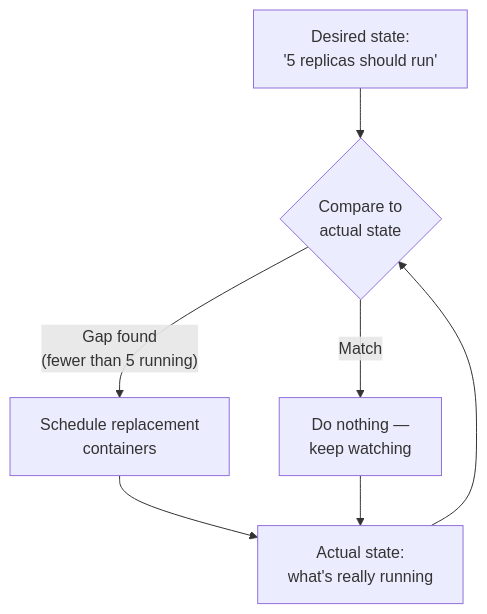
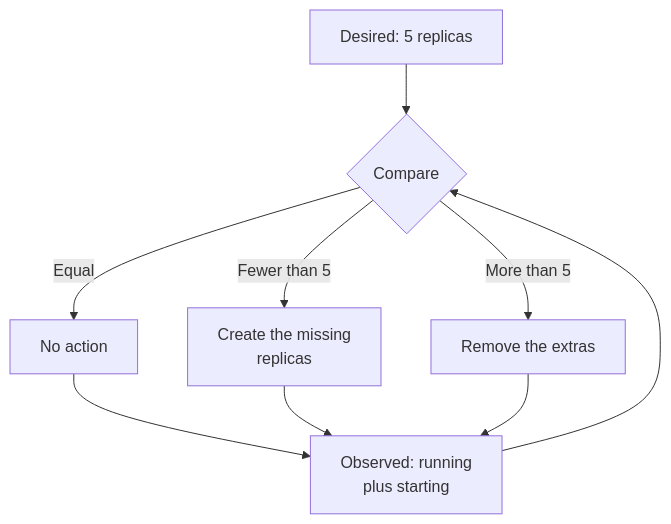
One commit to francoandreDev/knowledge changed the first of 2 diagrams in src/content/infra-delivery/orchestration-basics/L2-concept.mdx. Above: the diagram before and after it, drawn with Mermaid. The commit also changed other lines of this file and 3 other files, not shown here.

````diff
--- a/src/content/infra-delivery/orchestration-basics/L2-concept.mdx
+++ b/src/content/infra-delivery/orchestration-basics/L2-concept.mdx
@@ -36,9 +33,11 @@
 ```mermaid
 flowchart TD
-    A["Desired state:\n'5 replicas should run'"] --> C{"Compare to\nactual state"}
-    B["Actual state:\nwhat's really running"] --> C
-    C -->|"Match"| D["Do nothing —\nkeep watching"]
-    C -->|"Gap found\n(fewer than 5 running)"| E["Schedule replacement\ncontainers"]
+    A["Desired: 5 replicas"] --> C{"Compare"}
+    B["Observed: running<br/>plus starting"] --> C
+    C -->|"Equal"| D["No action"]
+    C -->|"Fewer than 5"| E["Create the missing<br/>replicas"]
+    C -->|"More than 5"| F["Remove the extras"]
+    D --> B
     E --> B
-    D --> B
+    F --> B
 ```
````
